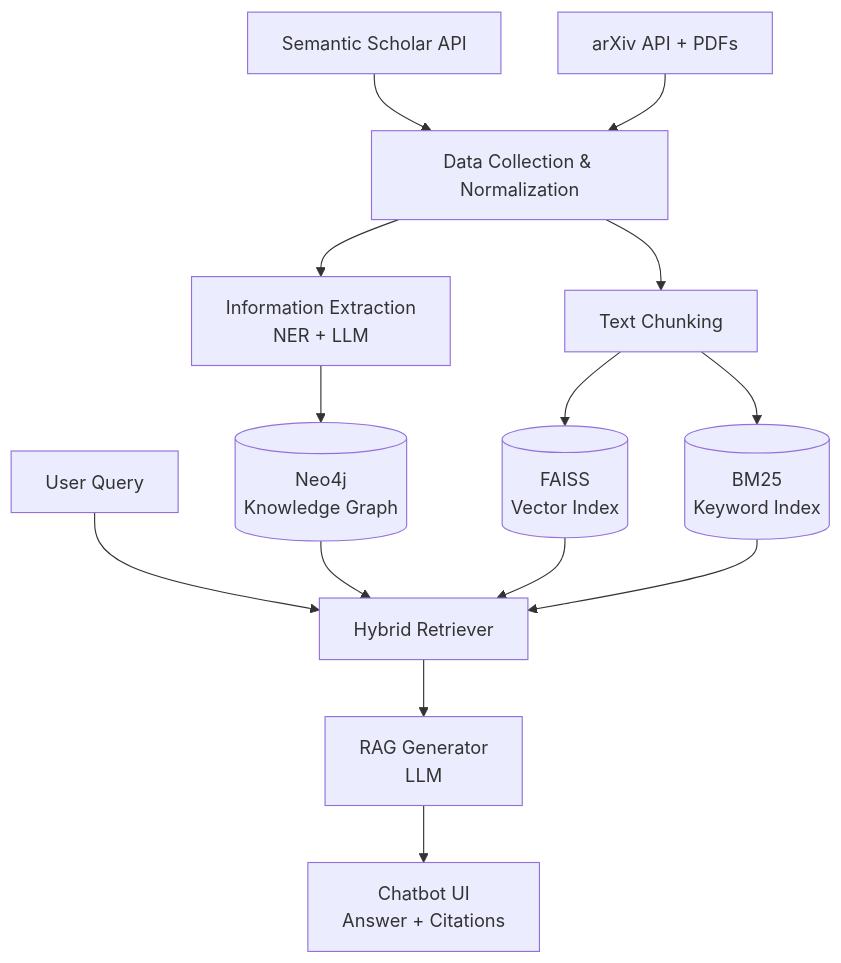
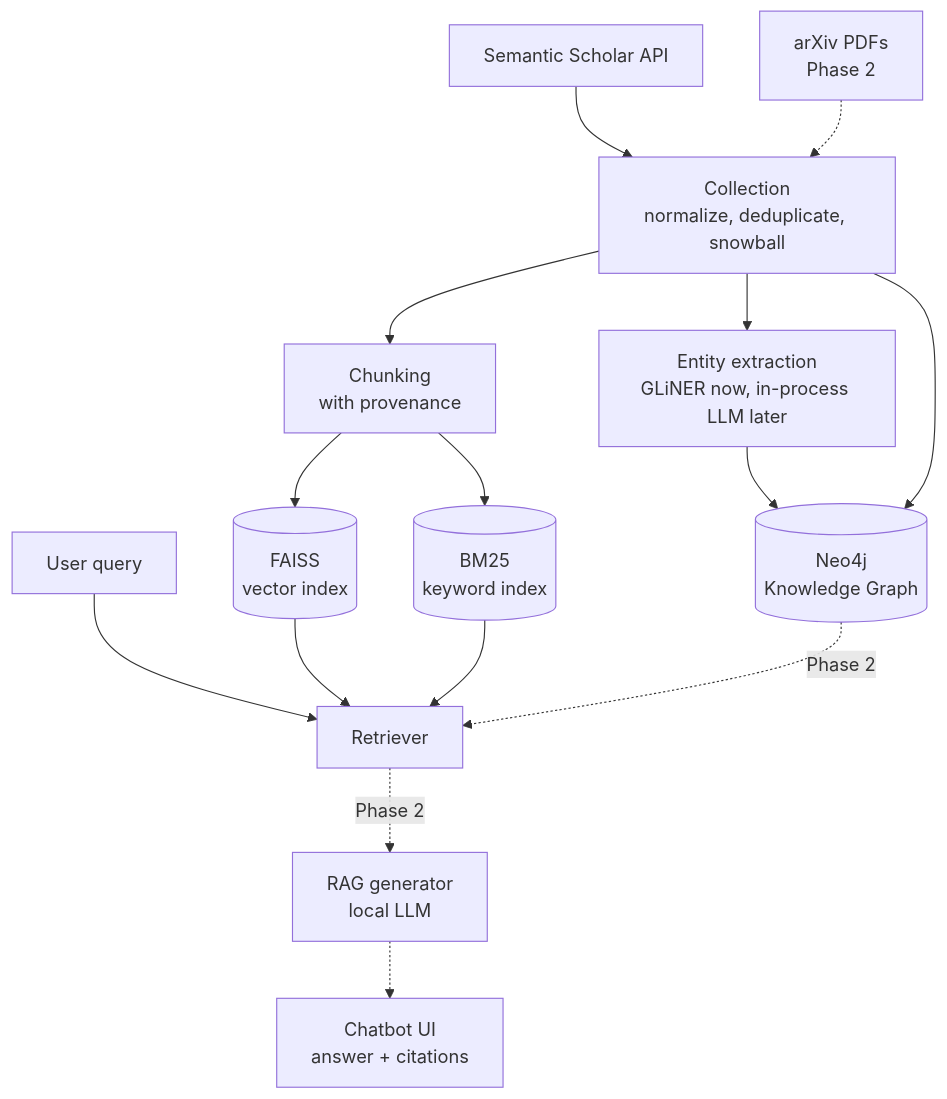
The diagram in README.md (pmh2612/HK261-DAGD1-113), drawn with Mermaid before and after one commit. The commit also changed other lines of this file and 3 other files, not shown here.

First line of the commit message:
Update README, roadmap and decision record for Phase 1 progress

````diff
--- a/README.md
+++ b/README.md
@@ -38,16 +50,17 @@
 ```mermaid
 flowchart TD
-    A[Semantic Scholar API] --> C[Data Collection & Normalization]
-    B[arXiv API + PDFs] --> C
-    C --> D[Information Extraction<br/>NER + LLM]
-    C --> E[Text Chunking]
+    A[Semantic Scholar API] --> C[Collection<br/>normalize, deduplicate, snowball]
+    B[arXiv PDFs<br/>Phase 2] -.-> C
+    C --> D[Entity extraction<br/>GLiNER now, in-process LLM later]
+    C --> E[Chunking<br/>with provenance]
     D --> F[(Neo4j<br/>Knowledge Graph)]
-    E --> G[(FAISS<br/>Vector Index)]
-    E --> H[(BM25<br/>Keyword Index)]
-    Q[User Query] --> R[Hybrid Retriever]
-    F --> R
+    C --> F
+    E --> G[(FAISS<br/>vector index)]
+    E --> H[(BM25<br/>keyword index)]
+    Q[User query] --> R[Retriever]
     G --> R
     H --> R
-    R --> S[RAG Generator<br/>LLM]
-    S --> T[Chatbot UI<br/>Answer + Citations]
+    F -.->|Phase 2| R
+    R -.->|Phase 2| S[RAG generator<br/>local LLM]
+    S -.-> T[Chatbot UI<br/>answer + citations]
 ```
````
